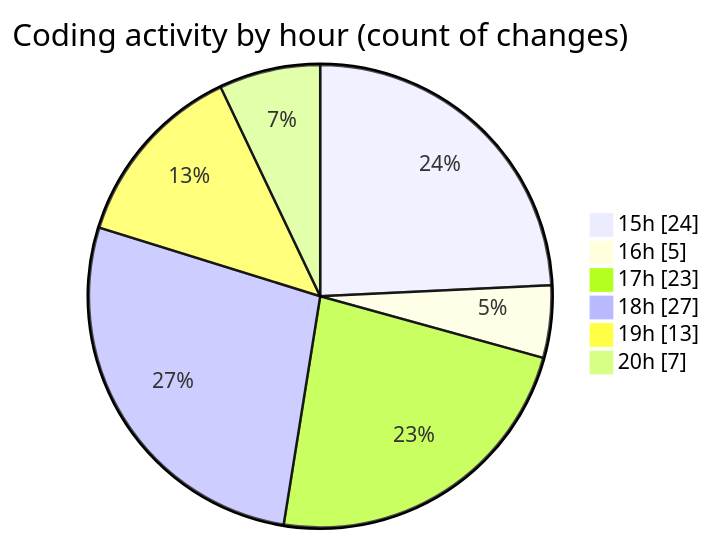
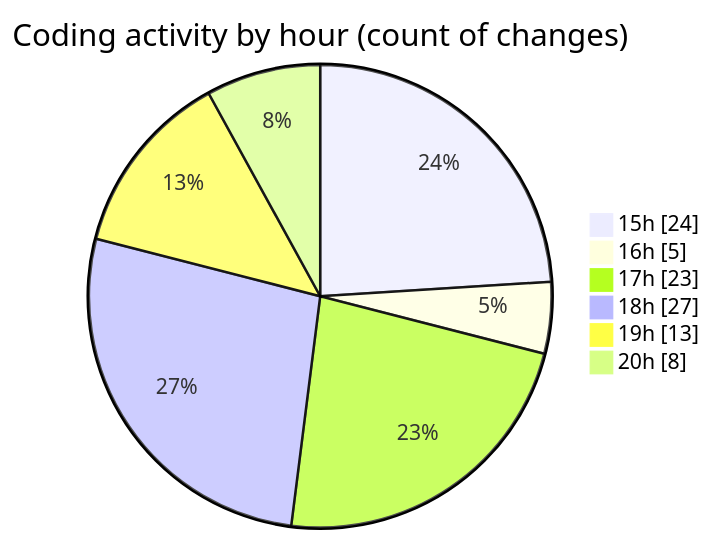
The second of 2 diagrams in 2025-08-02/tw-server/README.md (EIIisD/code-tracking), drawn with Mermaid before and after one commit. The commit also changed other lines of this file and 1 other file, not shown here.

````diff
--- a/2025-08-02/tw-server/README.md
+++ b/2025-08-02/tw-server/README.md
@@ -36,10 +36,10 @@
 ```mermaid
 pie showData
 title Coding activity by hour (count of changes)
 "15h" : 24
 "16h" : 5
 "17h" : 23
 "18h" : 27
 "19h" : 13
-"20h" : 7
+"20h" : 8
 ```
````
